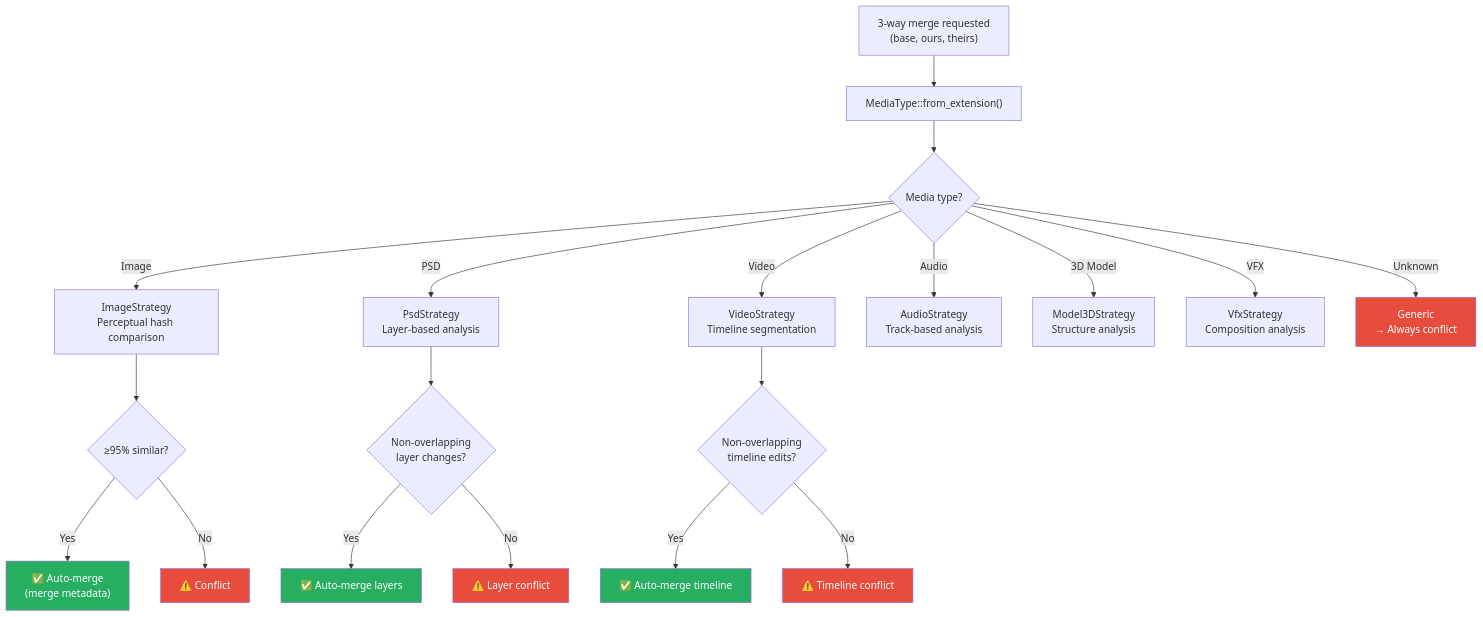
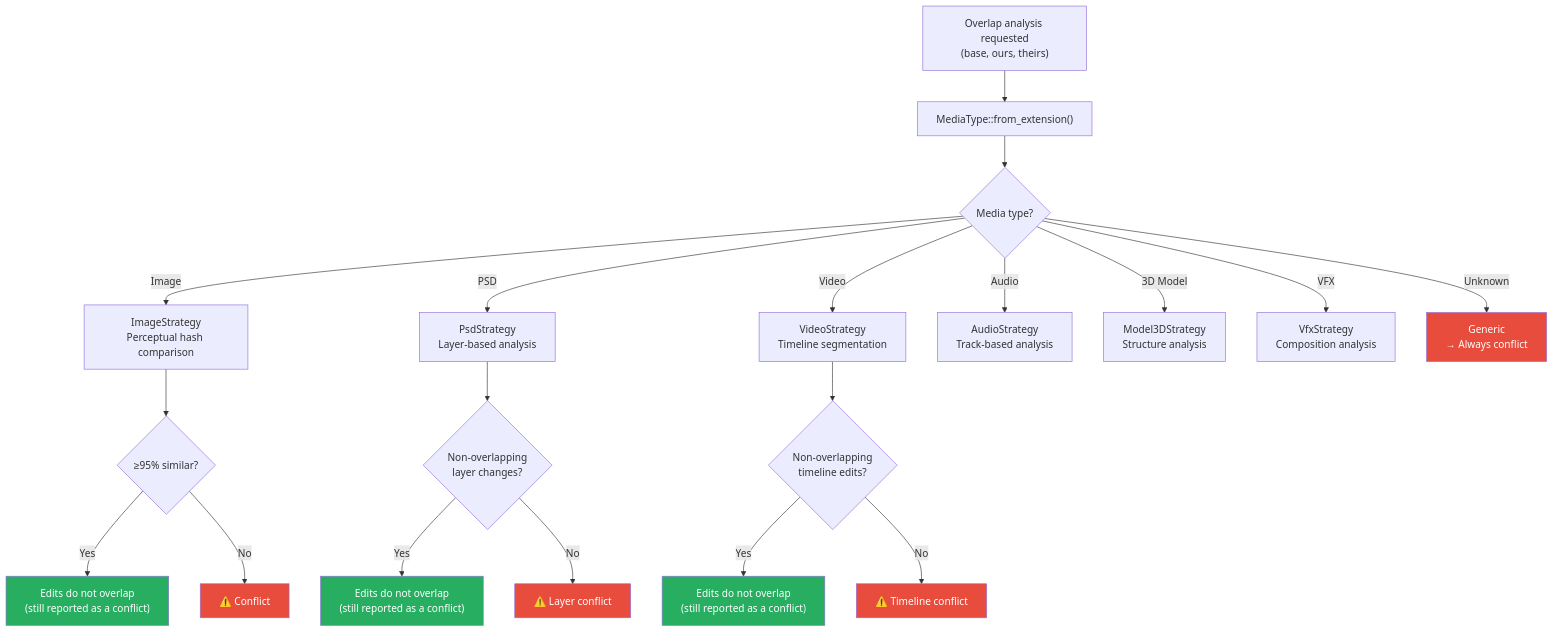
The eighth of 19 diagrams in ARCHITECTURE.md (winnyboy5/mediagit-core), drawn with Mermaid before and after one commit. The commit also changed other lines of this file and 21 other files, not shown here.

````diff
--- a/ARCHITECTURE.md
+++ b/ARCHITECTURE.md
@@ -611,32 +612,32 @@
 ```mermaid
 graph TD
-    A["3-way merge requested<br/>(base, ours, theirs)"] --> B["MediaType::from_extension()"]
+    A["Overlap analysis requested<br/>(base, ours, theirs)"] --> B["MediaType::from_extension()"]
     B --> C{"Media type?"}
     C -->|Image| D["ImageStrategy<br/>Perceptual hash comparison"]
     C -->|PSD| E["PsdStrategy<br/>Layer-based analysis"]
     C -->|Video| F["VideoStrategy<br/>Timeline segmentation"]
     C -->|Audio| G["AudioStrategy<br/>Track-based analysis"]
     C -->|"3D Model"| H["Model3DStrategy<br/>Structure analysis"]
     C -->|VFX| I["VfxStrategy<br/>Composition analysis"]
     C -->|Unknown| J["Generic<br/>→ Always conflict"]
 
     D --> K{"≥95% similar?"}
-    K -->|Yes| L["✅ Auto-merge<br/>(merge metadata)"]
+    K -->|Yes| L["Edits do not overlap<br/>(still reported as a conflict)"]
     K -->|No| M["⚠️ Conflict"]
 
     E --> N{"Non-overlapping<br/>layer changes?"}
-    N -->|Yes| O["✅ Auto-merge layers"]
+    N -->|Yes| O["Edits do not overlap<br/>(still reported as a conflict)"]
     N -->|No| P["⚠️ Layer conflict"]
 
     F --> Q{"Non-overlapping<br/>timeline edits?"}
-    Q -->|Yes| R["✅ Auto-merge timeline"]
+    Q -->|Yes| R["Edits do not overlap<br/>(still reported as a conflict)"]
     Q -->|No| S["⚠️ Timeline conflict"]
 
     style L fill:#27AE60,color:#fff
     style O fill:#27AE60,color:#fff
     style R fill:#27AE60,color:#fff
     style M fill:#e74c3c,color:#fff
     style P fill:#e74c3c,color:#fff
     style S fill:#e74c3c,color:#fff
     style J fill:#e74c3c,color:#fff
 ```
````
